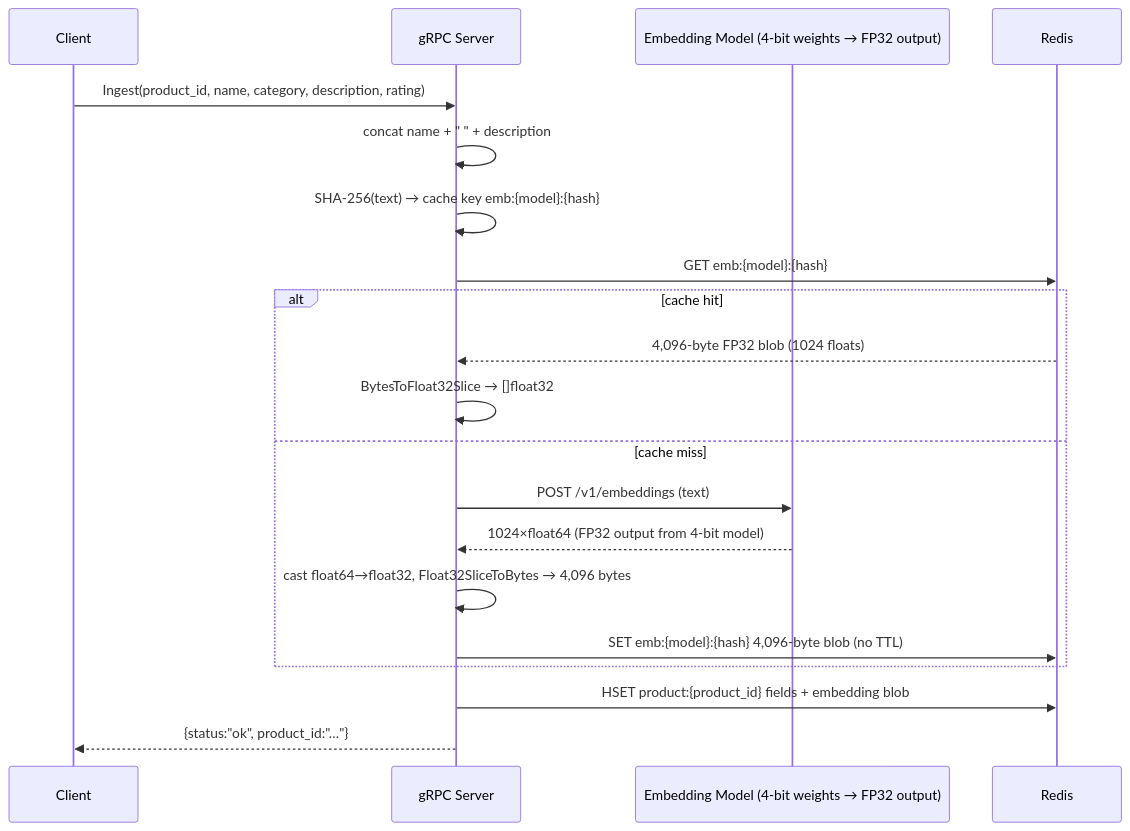
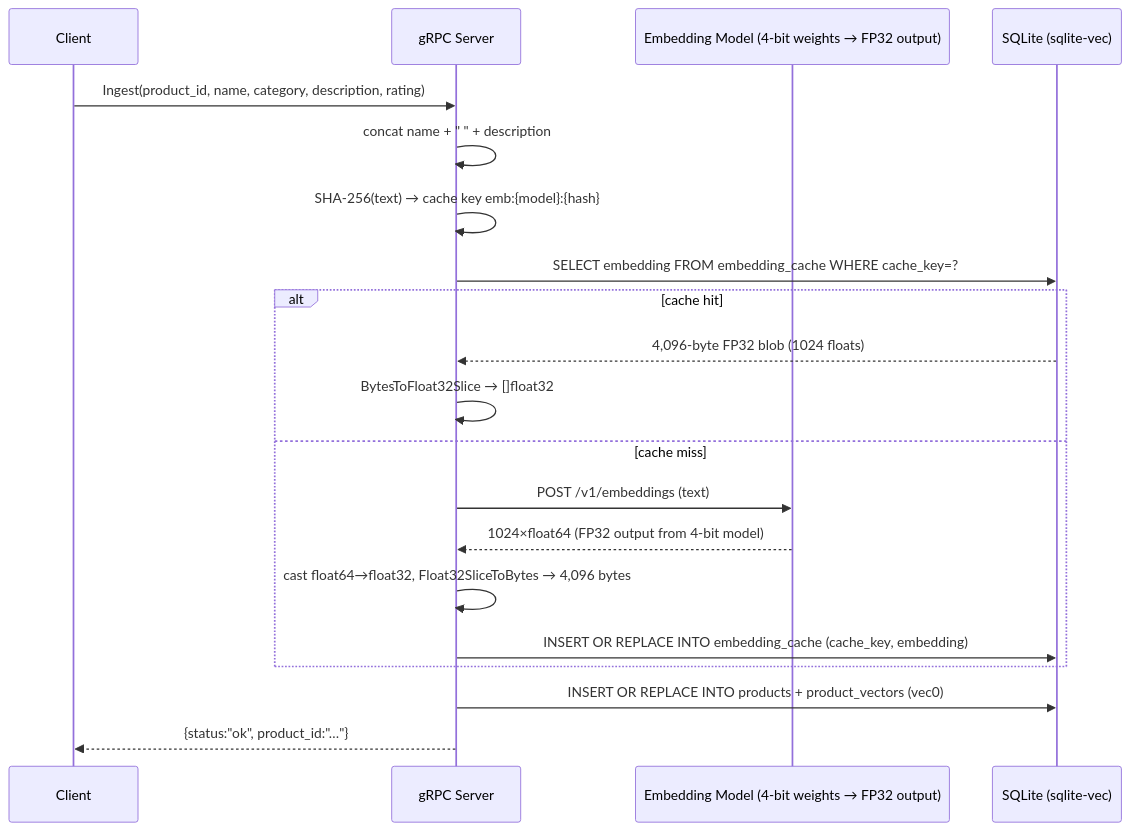
One commit to joshdurbin/redis_vector_search_poc changed the second of 3 diagrams in README.md. Above: the diagram before and after it, drawn with Mermaid. The commit also changed other lines of this file and 25 other files, not shown here.

````diff
--- a/README.md
+++ b/README.md
@@ -25,23 +25,23 @@
 ```mermaid
 sequenceDiagram
     participant C as Client
     participant S as gRPC Server
     participant E as Embedding Model (4-bit weights → FP32 output)
-    participant R as Redis
+    participant DB as SQLite (sqlite-vec)
 
     C->>S: Ingest(product_id, name, category, description, rating)
     S->>S: concat name + " " + description
     S->>S: SHA-256(text) → cache key emb:{model}:{hash}
-    S->>R: GET emb:{model}:{hash}
+    S->>DB: SELECT embedding FROM embedding_cache WHERE cache_key=?
     alt cache hit
-        R-->>S: 4,096-byte FP32 blob (1024 floats)
+        DB-->>S: 4,096-byte FP32 blob (1024 floats)
         S->>S: BytesToFloat32Slice → []float32
     else cache miss
         S->>E: POST /v1/embeddings (text)
         E-->>S: 1024×float64 (FP32 output from 4-bit model)
         S->>S: cast float64→float32, Float32SliceToBytes → 4,096 bytes
-        S->>R: SET emb:{model}:{hash} 4,096-byte blob (no TTL)
+        S->>DB: INSERT OR REPLACE INTO embedding_cache (cache_key, embedding)
     end
-    S->>R: HSET product:{product_id} fields + embedding blob
+    S->>DB: INSERT OR REPLACE INTO products + product_vectors (vec0)
     S-->>C: {status:"ok", product_id:"…"}
 ```
````
